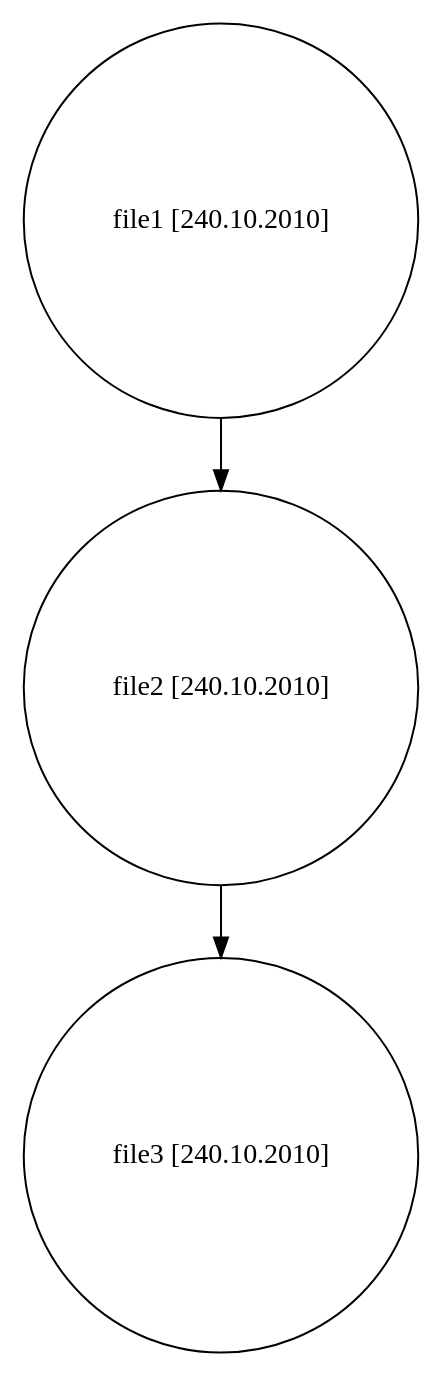
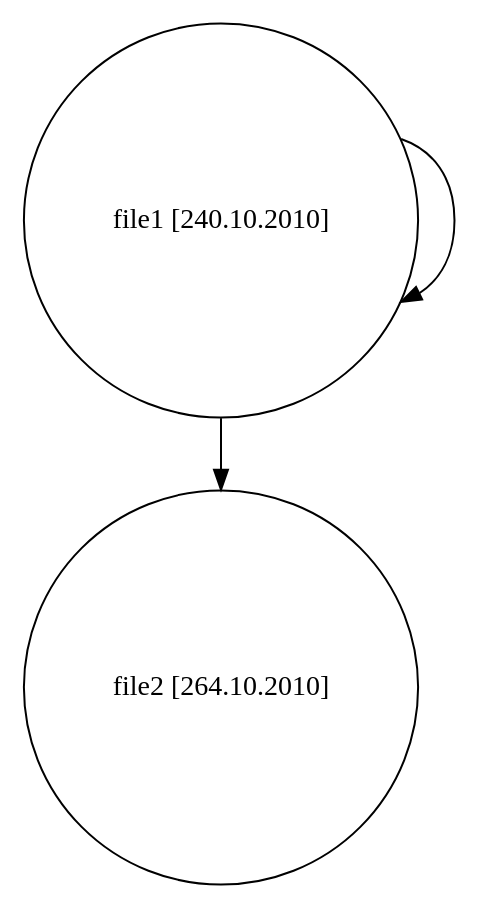
The diagram in TISD/lab_06/tree_name.dot (chaykanet/laboratory), drawn with Graphviz before and after one commit. The commit also changed 21 other files, not shown here.

```diff
--- a/TISD/lab_06/tree_name.dot
+++ b/TISD/lab_06/tree_name.dot
@@ -1,6 +1,6 @@
 digraph G {
 	node [shape=circle];
 	"file1 [240.10.2010]"; 
-	"file1 [240.10.2010]" -> "file2 [240.10.2010]";
-	"file2 [240.10.2010]" -> "file3 [240.10.2010]";
+	"file1 [240.10.2010]" -> "file2 [264.10.2010]";
+	"file1 [240.10.2010]" -> "file1 [240.10.2010]";
 }
```
